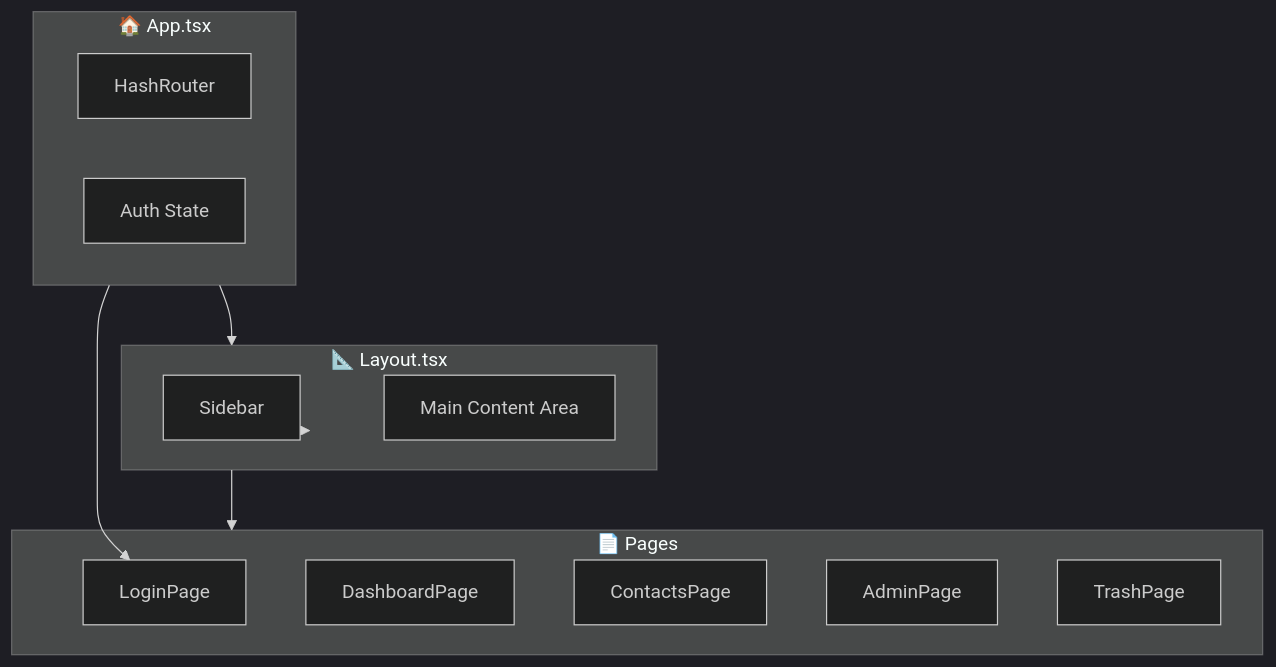
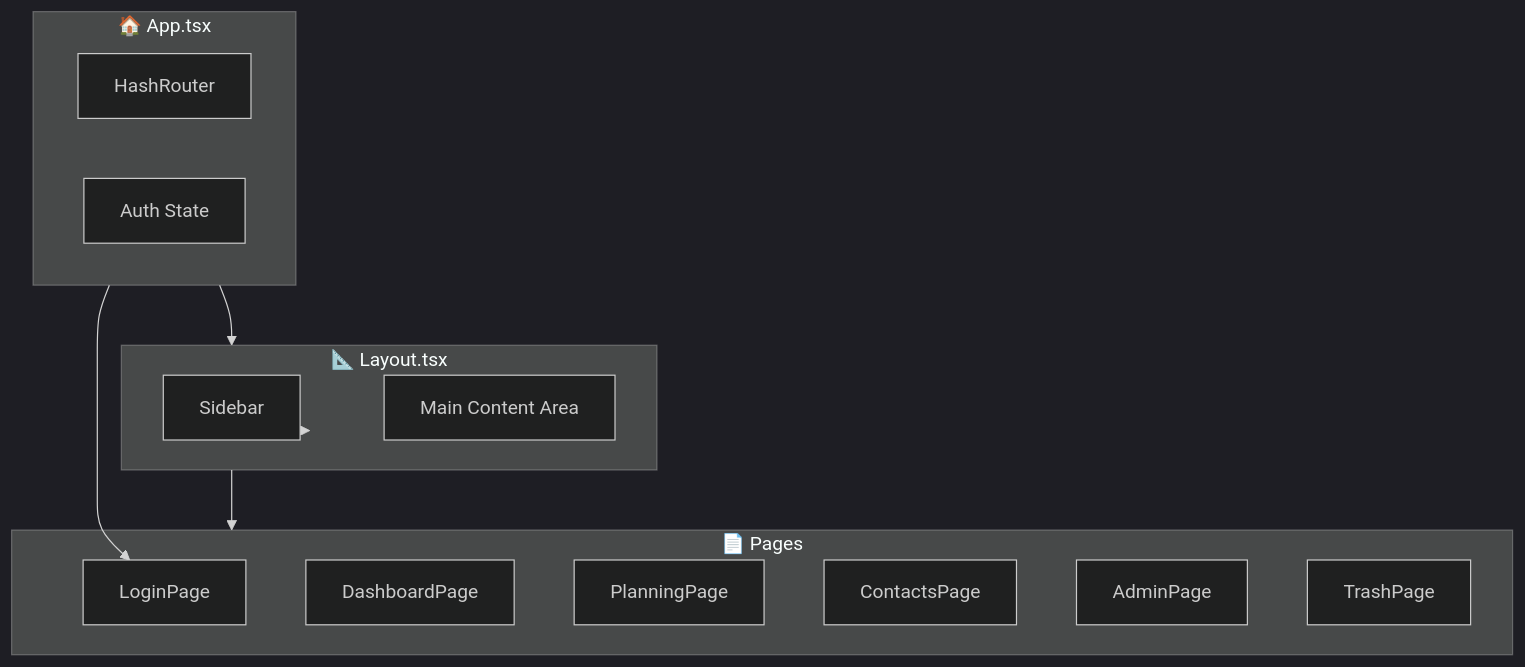
The diagram in Markdown/ZONES.md (bremy33113/mydelagrave.fr), drawn with Mermaid (dark theme) before and after one commit. The commit also changed other lines of this file and 14 other files, not shown here.

````diff
--- a/Markdown/ZONES.md
+++ b/Markdown/ZONES.md
@@ -5,25 +5,26 @@
 ```mermaid
 graph TB
     subgraph App["🏠 App.tsx"]
         Router["HashRouter"]
         Auth["Auth State"]
     end
 
     subgraph Layout["📐 Layout.tsx"]
         Sidebar["Sidebar"]
         MainContent["Main Content Area"]
     end
 
     subgraph Pages["📄 Pages"]
         Login["LoginPage"]
         Dashboard["DashboardPage"]
+        Planning["PlanningPage"]
         Contacts["ContactsPage"]
         Admin["AdminPage"]
         Trash["TrashPage"]
     end
 
     App --> Layout
     App --> Login
     Layout --> Sidebar
     Layout --> Pages
 ```
````
